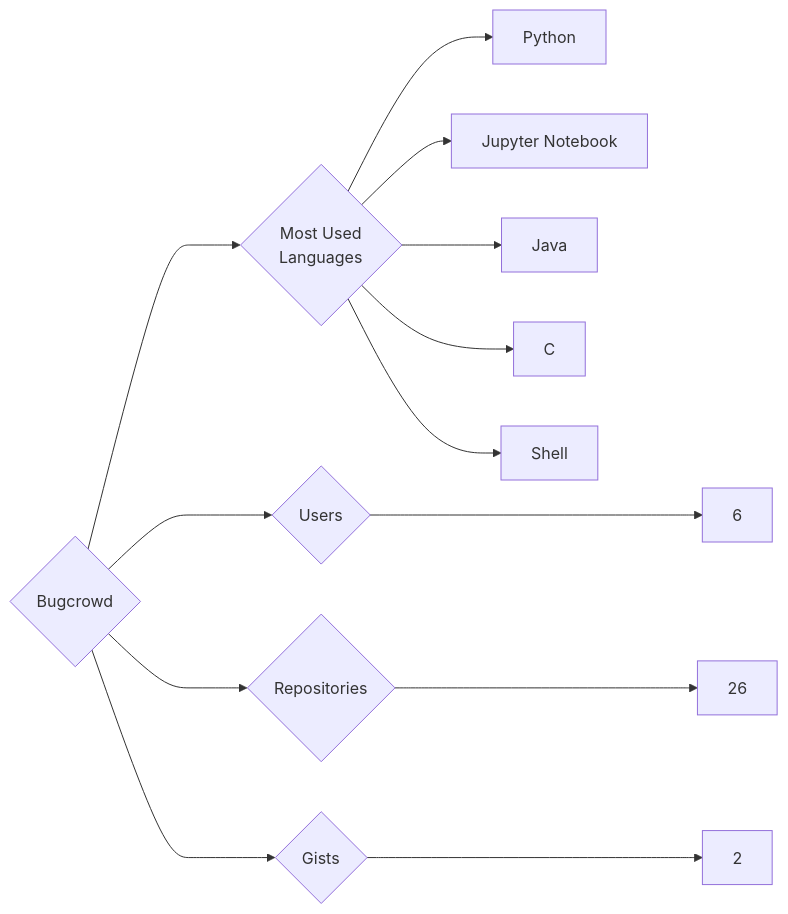
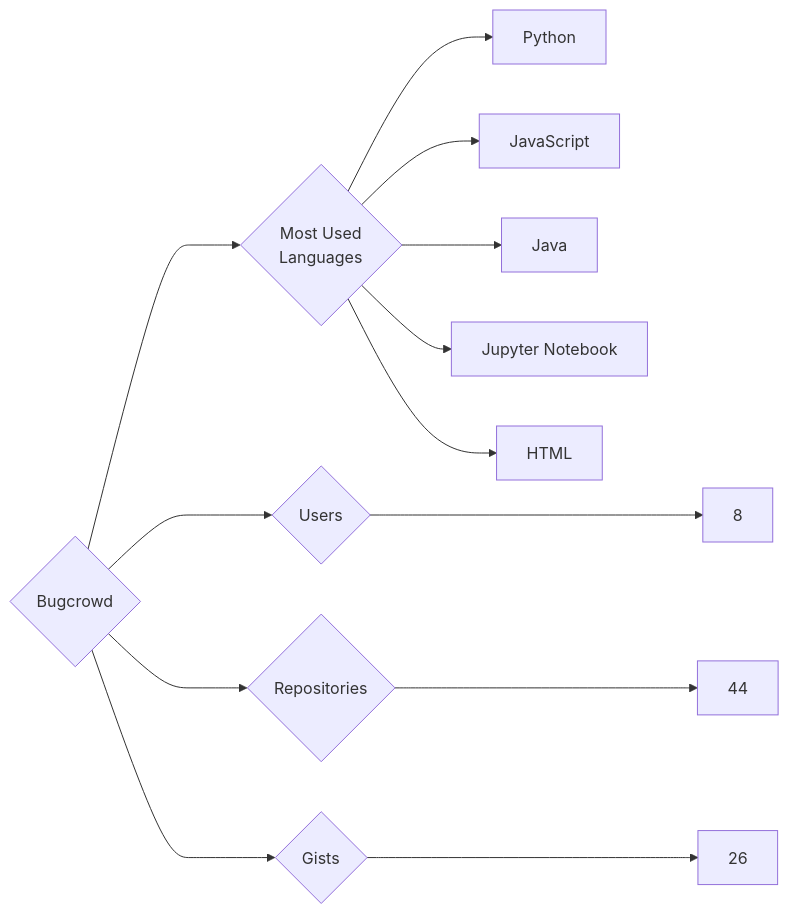
The diagram in targets/Bugcrowd/README.md (trickest/insiders), drawn with Mermaid before and after one commit. The commit also changed 1212 other files, not shown here.

````diff
--- a/targets/Bugcrowd/README.md
+++ b/targets/Bugcrowd/README.md
@@ -3,13 +3,13 @@
 ```mermaid
 graph LR
 COMPANY_NAME{Bugcrowd}
-COMPANY_NAME ---> U{Users} ---> UN[6]
-COMPANY_NAME ---> R{Repositories} ---> RN[26]
-COMPANY_NAME ---> G{Gists} ---> GN[2]
+COMPANY_NAME ---> U{Users} ---> UN[8]
+COMPANY_NAME ---> R{Repositories} ---> RN[44]
+COMPANY_NAME ---> G{Gists} ---> GN[26]
 COMPANY_NAME ---> ML{Most Used<br>Languages}
 ML --> Python[Python]
+ML --> JavaScript[JavaScript]
+ML --> Java[Java]
 ML --> Jupyter_Notebook[Jupyter Notebook]
-ML --> Java[Java]
-ML --> C[C]
-ML --> Shell[Shell]
+ML --> HTML[HTML]
 ```
````
